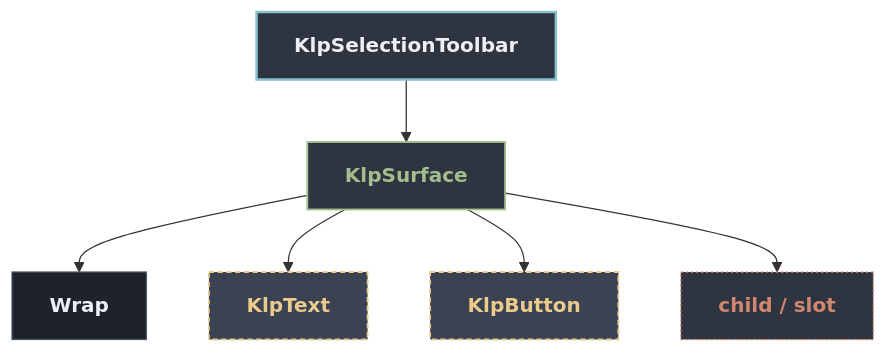
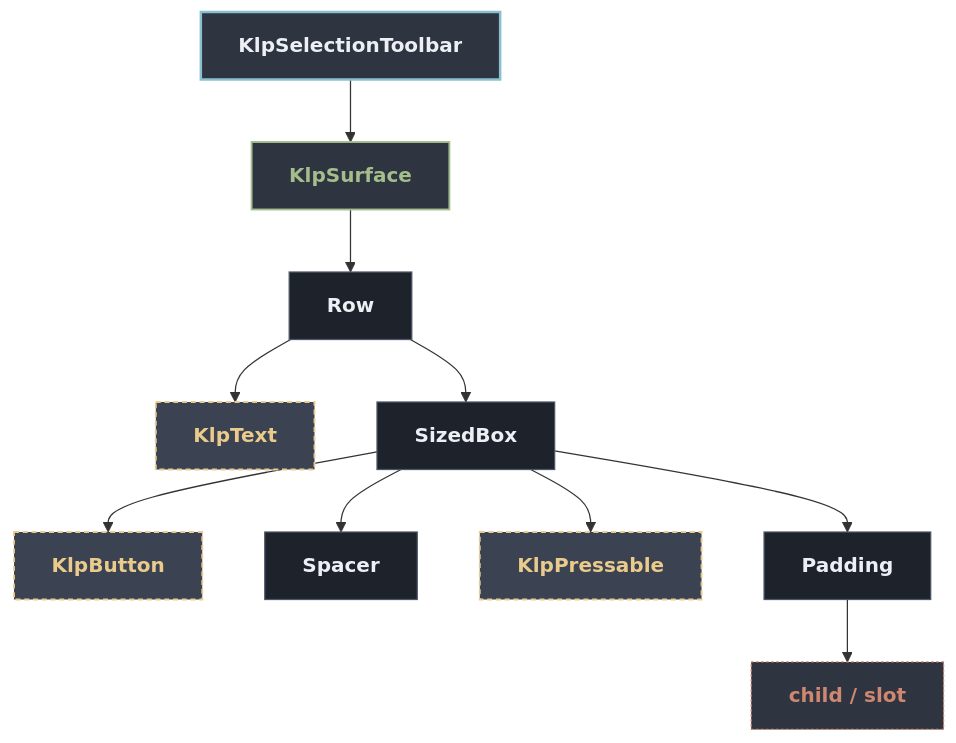
The diagram in docs/architecture/components/interaction/klp_selection_toolbar.md (MiuDog/Kallopis), drawn with Mermaid before and after one commit. The commit also changed other lines of this file and 123 other files, not shown here.

First line of the commit message:
docs(architecture): regenerate per-component trees, unbreak the generator

````diff
--- a/docs/architecture/components/interaction/klp_selection_toolbar.md
+++ b/docs/architecture/components/interaction/klp_selection_toolbar.md
@@ -13,20 +13,28 @@
 ```mermaid
 flowchart TD
   classDef default fill:#1E222B,stroke:#4C566A,stroke-width:1px,color:#ECEFF4;
   classDef root fill:#2E3440,stroke:#88C0D0,stroke-width:2px,color:#ECEFF4,font-weight:bold;
   classDef reference fill:#3B4252,stroke:#EBCB8B,stroke-width:1.5px,stroke-dasharray: 4 3,color:#EBCB8B;
   classDef container fill:#2E3440,stroke:#A3BE8C,stroke-width:1.5px,color:#A3BE8C;
   classDef slot fill:#2E3440,stroke:#D08770,stroke-width:1px,stroke-dasharray: 2 2,color:#D08770;
 
   root["KlpSelectionToolbar"]:::root
   n1["KlpSurface"]:::container
   root --> n1
-  n2["Wrap"]
+  n2["Row"]
   n1 --> n2
   n3["KlpText"]:::reference
-  n1 --> n3
-  n4["KlpButton"]:::reference
-  n1 --> n4
-  n5["child / slot"]:::slot
-  n1 --> n5
+  n2 --> n3
+  n4["SizedBox"]
+  n2 --> n4
+  n5["KlpButton"]:::reference
+  n4 --> n5
+  n6["Spacer"]
+  n4 --> n6
+  n7["KlpPressable"]:::reference
+  n4 --> n7
+  n8["Padding"]
+  n4 --> n8
+  n9["child / slot"]:::slot
+  n8 --> n9
 ```
````
